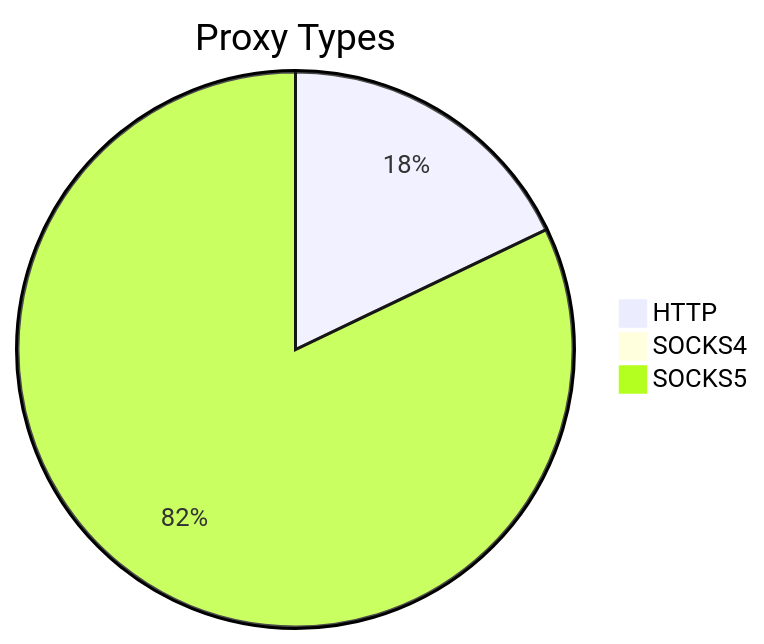
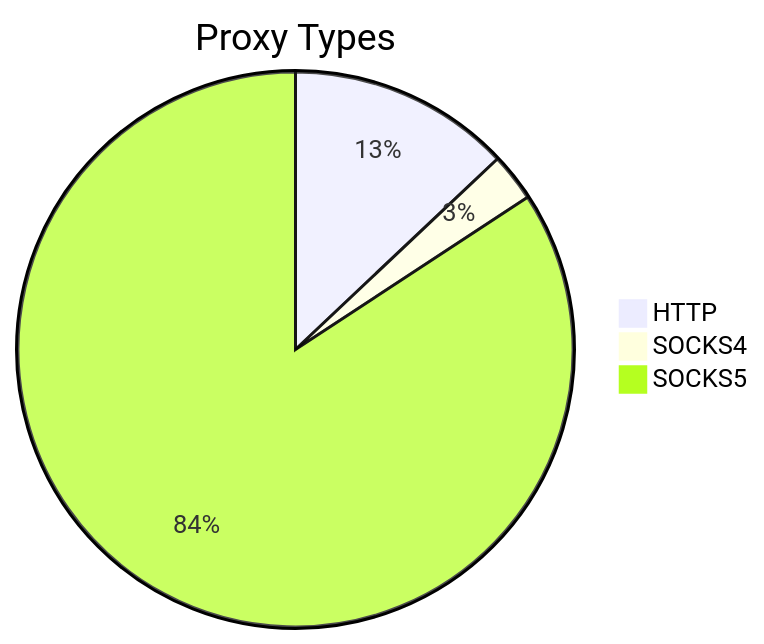
Before and after one commit to stormsia/proxy-list: the first of 2 diagrams in README.md, drawn with Mermaid. The commit also changed other lines of this file, not shown here.

````diff
--- a/README.md
+++ b/README.md
@@ -21,6 +21,6 @@
 ```mermaid
 pie title Proxy Types
-    "HTTP" : 198
-    "SOCKS4" : 5
-    "SOCKS5" : 908
+    "HTTP" : 296
+    "SOCKS4" : 64
+    "SOCKS5" : 1924
 ```
````
